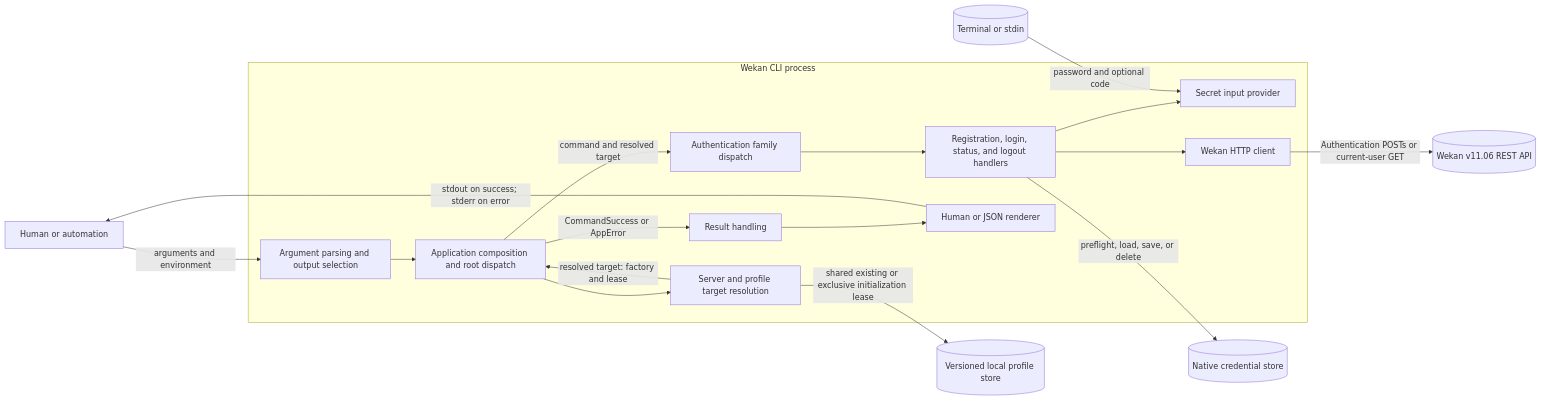
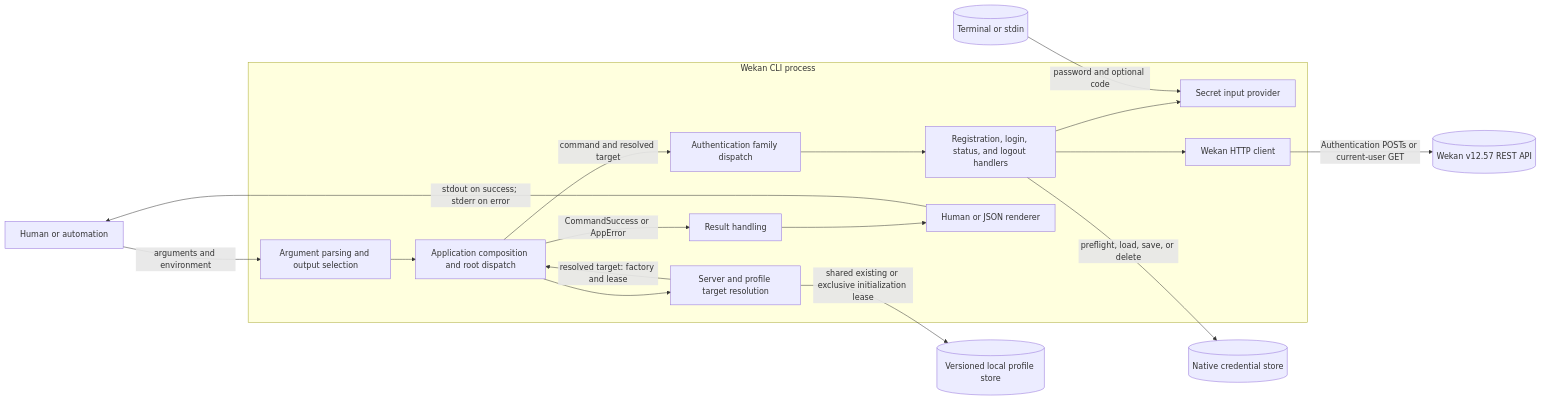
One commit to AhmedLukman/wekan-cli changed the first of 11 diagrams in docs/auth-architecture.md. Above: the diagram before and after it, drawn with Mermaid. The commit also changed other lines of this file and 318 other files, not shown here.

First line of the commit message:
feat!: target Wekan v12.57 and expand native API coverage

````diff
--- a/docs/auth-architecture.md
+++ b/docs/auth-architecture.md
@@ -15,37 +15,37 @@
 ```mermaid
 flowchart LR
     caller[Human or automation]
 
     subgraph cli[Wekan CLI process]
         entry[Argument parsing and output selection]
         app[Application composition and root dispatch]
         resolver[Server and profile target resolution]
         dispatch[Authentication family dispatch]
         handlers[Registration, login, status, and logout handlers]
         secrets[Secret input provider]
         client[Wekan HTTP client]
         result[Result handling]
         output[Human or JSON renderer]
     end
 
     input[(Terminal or stdin)]
-    wekan[(Wekan v11.06 REST API)]
+    wekan[(Wekan v12.57 REST API)]
     vault[(Native credential store)]
     profiles[(Versioned local profile store)]
 
     caller -->|arguments and environment| entry
     entry --> app
     app --> resolver
     resolver -->|shared existing or exclusive initialization lease| profiles
     resolver -->|resolved target: factory and lease| app
     app -->|command and resolved target| dispatch
     dispatch --> handlers
     handlers --> secrets
     input -->|password and optional code| secrets
     handlers --> client
     client -->|Authentication POSTs or current-user GET| wekan
     handlers -->|preflight, load, save, or delete| vault
     app -->|CommandSuccess or AppError| result
     result --> output
     output -->|stdout on success; stderr on error| caller
 ```
````
